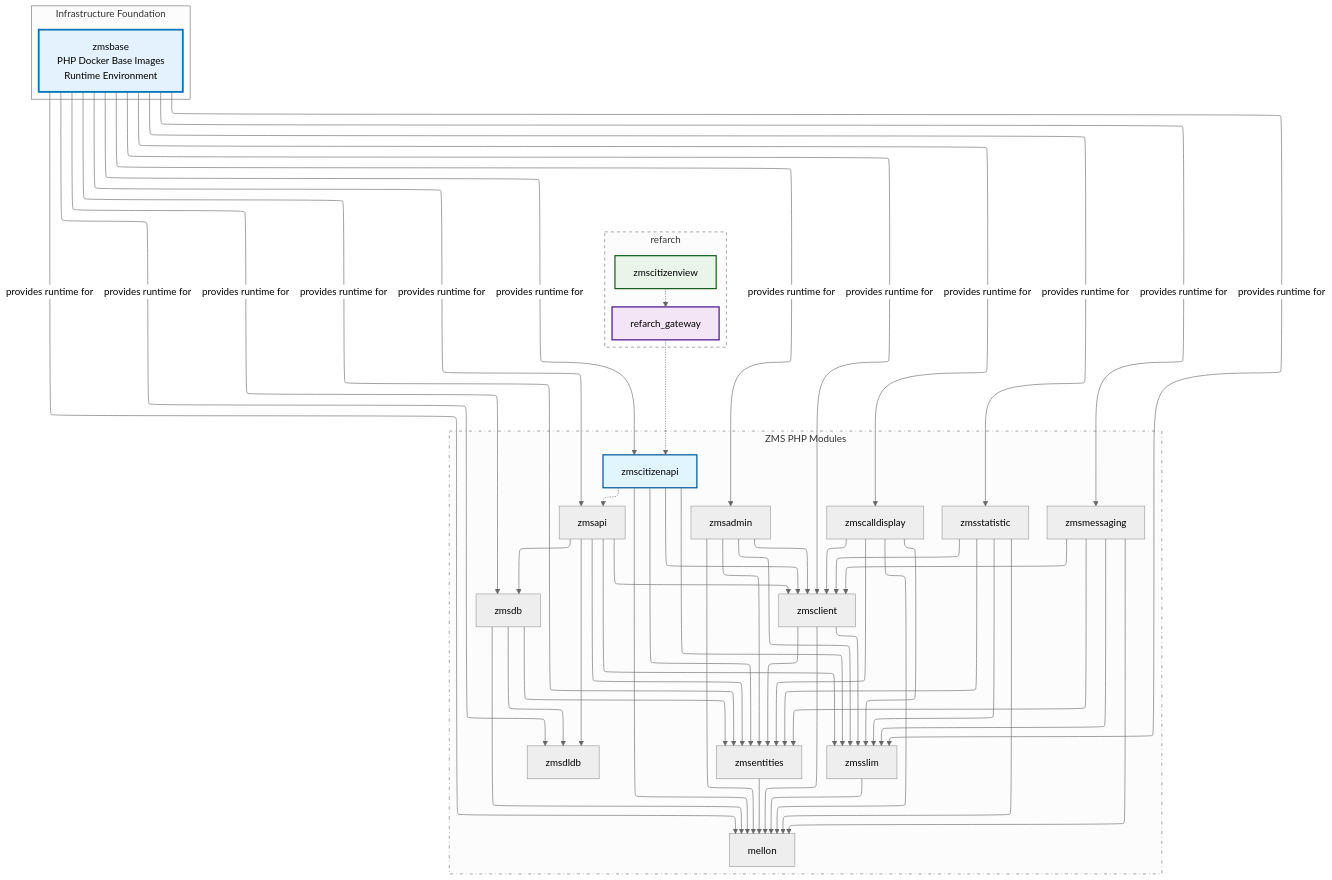
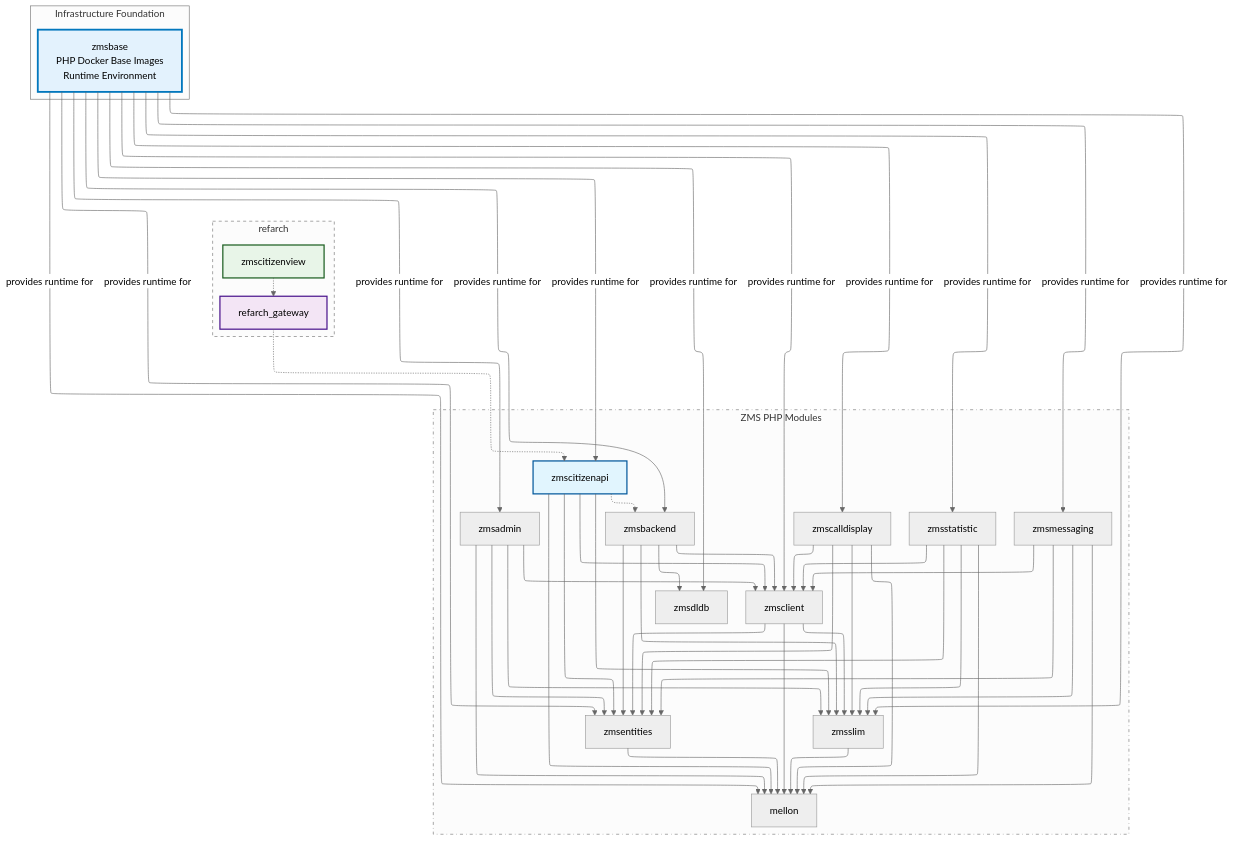
Before and after one commit to it-at-m/eappointment: the diagram in docs/en/setup-and-development/php-base-images.md, drawn with Mermaid (neutral theme). The commit also changed 32 other files, not shown here.

```diff
--- a/docs/en/setup-and-development/php-base-images.md
+++ b/docs/en/setup-and-development/php-base-images.md
@@ -53,11 +53,10 @@
         PHPBASE["zmsbase<br>PHP Docker Base Images<br>Runtime Environment"]
     end
 
-    zmsapi --> zmsslim
-    zmsapi --> zmsclient
-    zmsapi --> zmsdldb
-    zmsapi --> zmsdb
-    zmsapi --> zmsentities
+    zmsbackend --> zmsslim
+    zmsbackend --> zmsclient
+    zmsbackend --> zmsdldb
+    zmsbackend --> zmsentities
 
     zmsadmin --> mellon
     zmsadmin --> zmsclient
@@ -79,9 +78,6 @@
     zmsmessaging --> zmsentities
     zmsmessaging --> zmsslim
 
-    zmsdb --> zmsentities
-    zmsdb --> zmsdldb
-    zmsdb --> mellon
 
     zmsclient --> zmsentities
     zmsclient --> zmsslim
@@ -95,16 +91,15 @@
     zmscitizenapi --> zmsclient
     zmscitizenapi --> zmsentities
 
-    zmscitizenapi -.-> zmsapi
+    zmscitizenapi -.-> zmsbackend
     refarch_gateway -.-> zmscitizenapi
     zmscitizenview -.-> refarch_gateway
 
-    PHPBASE -->|provides runtime for| zmsapi
+    PHPBASE -->|provides runtime for| zmsbackend
     PHPBASE -->|provides runtime for| zmsadmin
     PHPBASE -->|provides runtime for| zmscalldisplay
     PHPBASE -->|provides runtime for| zmsstatistic
     PHPBASE -->|provides runtime for| zmsmessaging
-    PHPBASE -->|provides runtime for| zmsdb
     PHPBASE -->|provides runtime for| zmsclient
     PHPBASE -->|provides runtime for| zmsentities
     PHPBASE -->|provides runtime for| zmsslim
@@ -120,12 +115,11 @@
 
     subgraph zms_modules["ZMS PHP Modules"]
         style zms_modules stroke-dasharray:5 5 1 5
-        zmsapi
+        zmsbackend
         zmsadmin
         zmscalldisplay
         zmsstatistic
         zmsmessaging
-        zmsdb
         zmsclient
         zmsentities
         zmsslim
```
